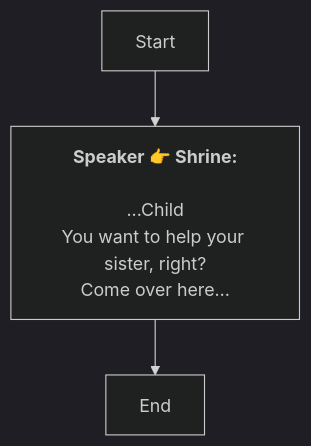
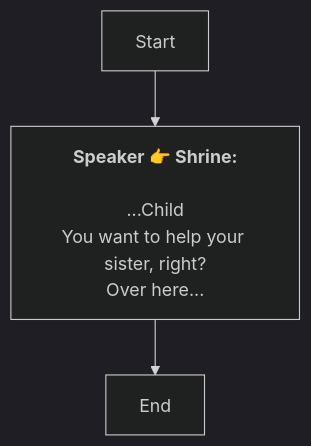
The diagram in En/QuestStartTalkENode_1738549796738302.md (SoftHu/tos_avg), drawn with Mermaid (dark theme) before and after one commit. The commit also changed 312 other files, not shown here.

````diff
--- a/En/QuestStartTalkENode_1738549796738302.md
+++ b/En/QuestStartTalkENode_1738549796738302.md
@@ -1,10 +1,10 @@
 ```mermaid
 graph
 Start -->1738549822633217[<b>Speaker 👉 Shrine:</b>
 
 ...Child
 You want to help your sister, right?
-Come over here…]
+Over here...]
 1738549822633217 -->1738549983939842[End]
 
  ```
````
